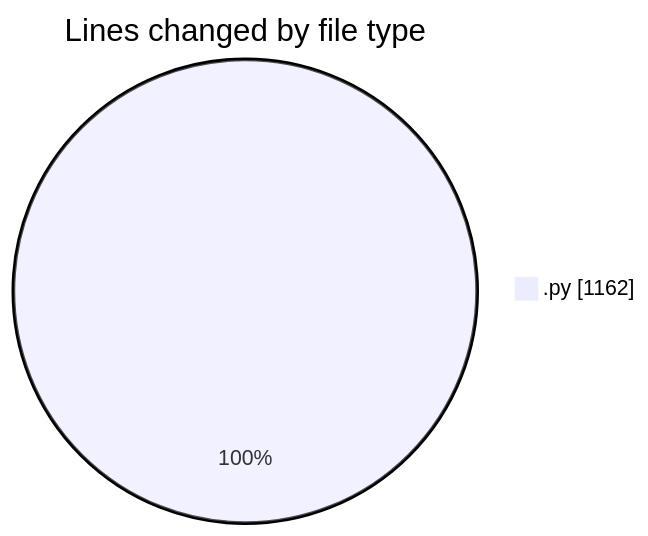
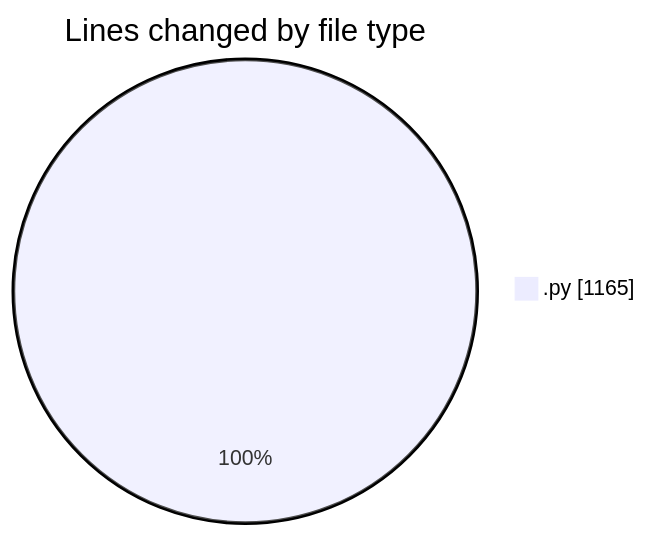
Before and after one commit to momahboobian/code-tracking: the first of 2 diagrams in 2025-05-06/samplepdf/README.md, drawn with Mermaid. The commit also changed other lines of this file and 1 other file, not shown here.

````diff
--- a/2025-05-06/samplepdf/README.md
+++ b/2025-05-06/samplepdf/README.md
@@ -31,5 +31,5 @@
 ```mermaid
 pie showData
 title Lines changed by file type
-".py" : 1162
+".py" : 1165
 ```
````
